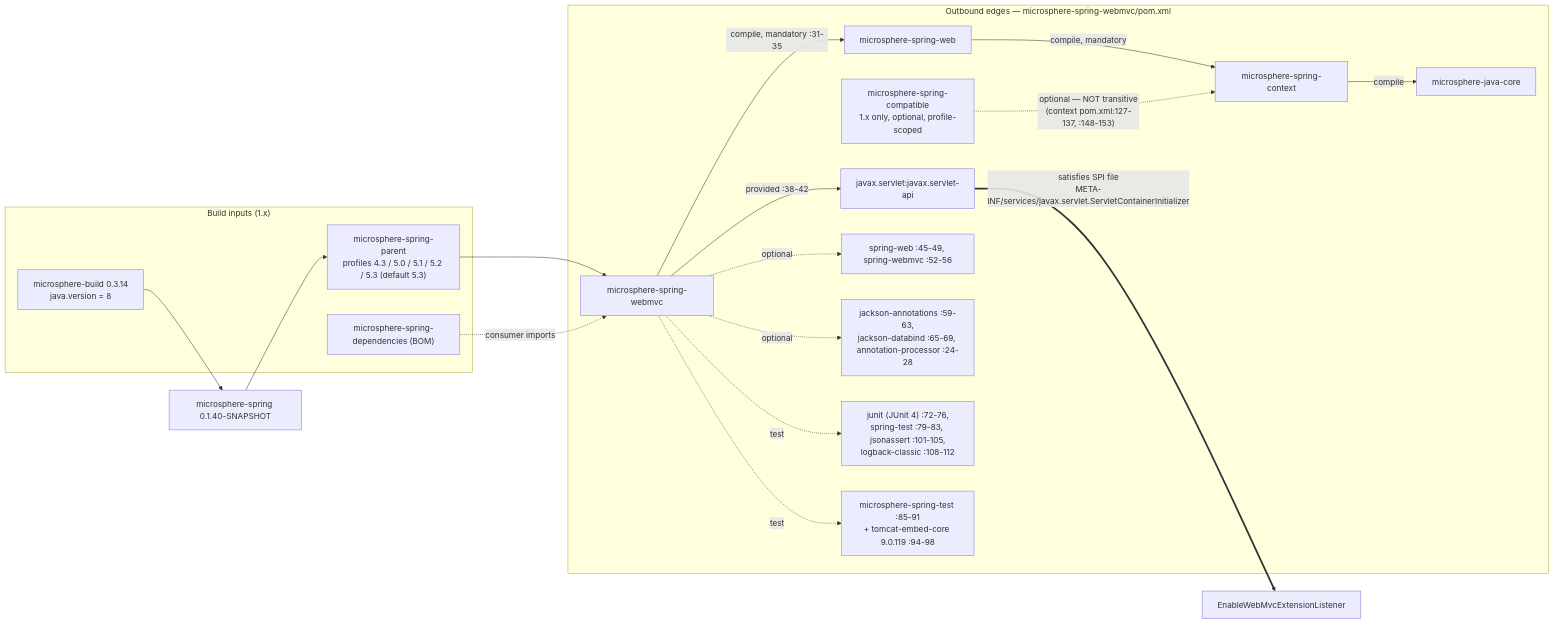
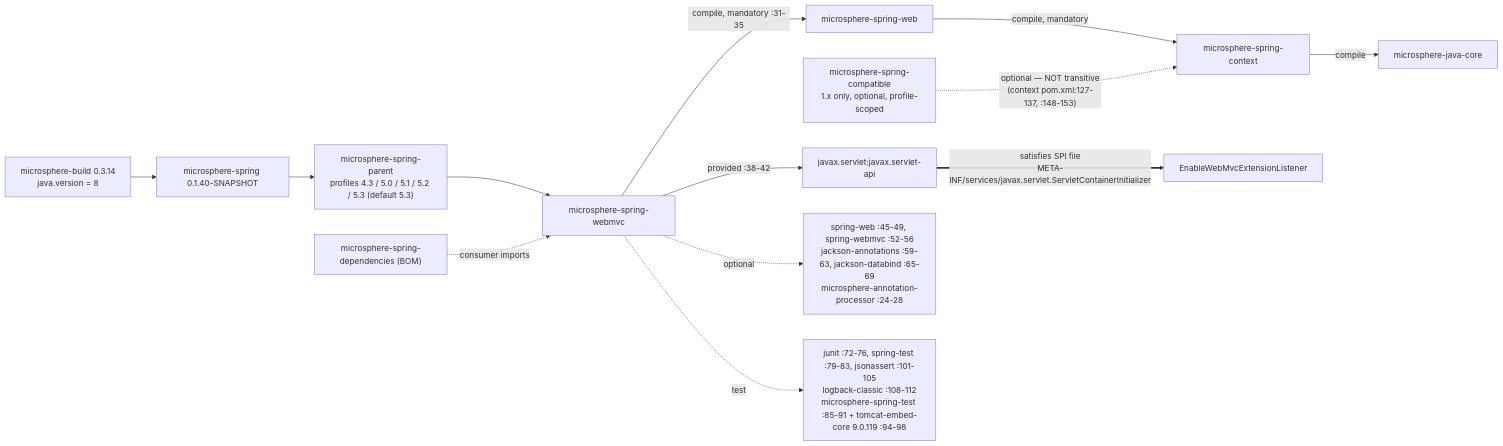
The first of 3 diagrams in docs/developer-guide/1.x/webmvc.md (microsphere-projects/microsphere-spring), drawn with Mermaid before and after one commit. The commit also changed other lines of this file and 55 other files, not shown here.

````diff
--- a/docs/developer-guide/1.x/webmvc.md
+++ b/docs/developer-guide/1.x/webmvc.md
@@ -40,26 +33,15 @@
 ```mermaid
 flowchart LR
-    subgraph BUILD["Build inputs (1.x)"]
-        MB["microsphere-build 0.3.14<br/>java.version = 8"]
-        PAR["microsphere-spring-parent<br/>profiles 4.3 / 5.0 / 5.1 / 5.2 / 5.3 (default 5.3)"]
-        DEP["microsphere-spring-dependencies (BOM)"]
-    end
-    MB --> ROOT["microsphere-spring 0.1.40-SNAPSHOT"]
-    ROOT --> PAR
+    MB["microsphere-build 0.3.14<br/>java.version = 8"] --> ROOT["microsphere-spring 0.1.40-SNAPSHOT"]
+    ROOT --> PAR["microsphere-spring-parent<br/>profiles 4.3 / 5.0 / 5.1 / 5.2 / 5.3 (default 5.3)"]
     PAR --> MVC["microsphere-spring-webmvc"]
-    DEP -.consumer imports.-> MVC
-
-    subgraph OUT["Outbound edges — microsphere-spring-webmvc/pom.xml"]
-        MVC -->|"compile, mandatory :31-35"| WEB["microsphere-spring-web"]
-        WEB -->|"compile, mandatory"| CTX["microsphere-spring-context"]
-        CTX -->|compile| JC["microsphere-java-core"]
-        CMP["microsphere-spring-compatible<br/>1.x only, optional, profile-scoped"]
-        CMP -.->|"optional — NOT transitive<br/>(context pom.xml:127-137, :148-153)"| CTX
-        MVC -->|"provided :38-42"| SERVLET["javax.servlet:javax.servlet-api"]
-        MVC -.optional.-> SMVC["spring-web :45-49, spring-webmvc :52-56"]
-        MVC -.optional.-> JACK["jackson-annotations :59-63,<br/>jackson-databind :65-69, annotation-processor :24-28"]
-        MVC -.test.-> ST["junit (JUnit 4) :72-76,<br/>spring-test :79-83, jsonassert :101-105,<br/>logback-classic :108-112"]
-        MVC -.test.-> MST["microsphere-spring-test :85-91<br/>+ tomcat-embed-core 9.0.119 :94-98"]
-    end
+    DEP["microsphere-spring-dependencies (BOM)"] -.consumer imports.-> MVC
+    MVC -->|"compile, mandatory :31-35"| WEB["microsphere-spring-web"]
+    WEB -->|"compile, mandatory"| CTX["microsphere-spring-context"]
+    CTX -->|compile| JC["microsphere-java-core"]
+    CMP["microsphere-spring-compatible<br/>1.x only, optional, profile-scoped"] -.->|"optional — NOT transitive<br/>(context pom.xml:127-137, :148-153)"| CTX
+    MVC -->|"provided :38-42"| SERVLET["javax.servlet:javax.servlet-api"]
+    MVC -.optional.-> OPT["spring-web :45-49, spring-webmvc :52-56<br/>jackson-annotations :59-63, jackson-databind :65-69<br/>microsphere-annotation-processor :24-28"]
+    MVC -.test.-> ST["junit :72-76, spring-test :79-83, jsonassert :101-105<br/>logback-classic :108-112<br/>microsphere-spring-test :85-91 + tomcat-embed-core 9.0.119 :94-98"]
     SERVLET ==>|"satisfies SPI file<br/>META-INF/services/javax.servlet.ServletContainerInitializer"| BOOT["EnableWebMvcExtensionListener"]
 ```
````
